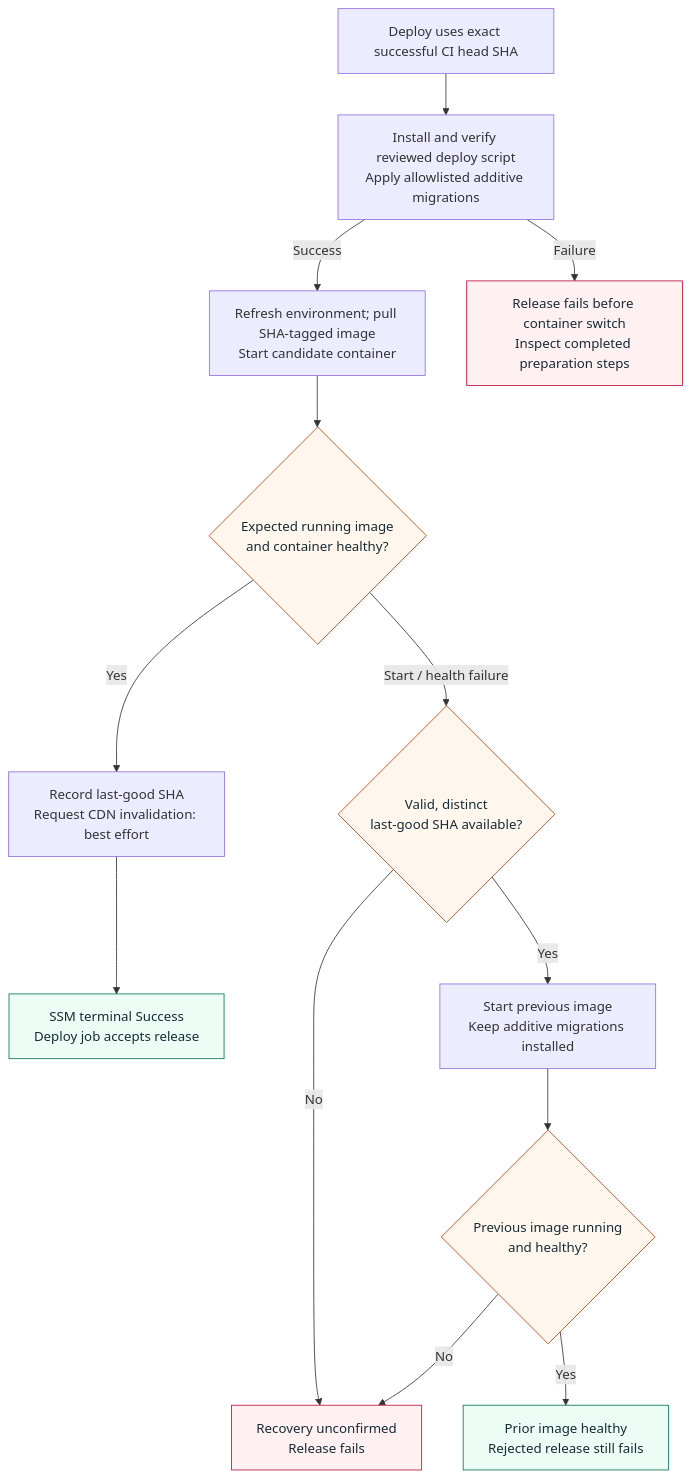
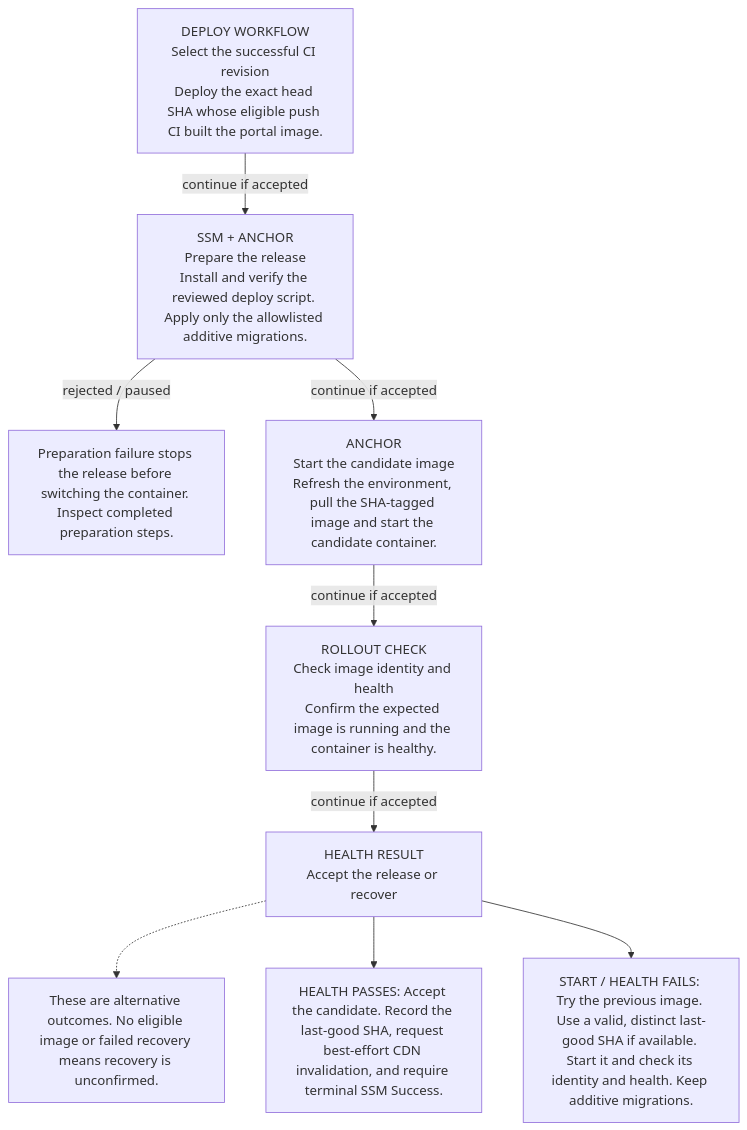
Before and after one commit to JadenRazo/raizhost-architecture: the diagram in diagrams/portal-rollout.mmd, drawn with Mermaid. The commit also changed 37 other files, not shown here.

Commit message:
docs: make architecture journeys readable on desktop and mobile (#8)

```diff
--- a/diagrams/portal-rollout.mmd
+++ b/diagrams/portal-rollout.mmd
@@ -1,21 +1,17 @@
+%% Generated by journeys.py from journeys.json; do not edit this sketch.
+%% The companion SVG uses staged layouts for human reading.
+%% A rejected release stays failed even if recovery restores a healthy previous image.
 flowchart TB
-  revision["Deploy uses exact successful CI head SHA"]
-  revision --> prepare["Install and verify reviewed deploy script<br/>Apply allowlisted additive migrations"]
-  prepare -->|"Success"| candidate["Refresh environment; pull SHA-tagged image<br/>Start candidate container"]
-  prepare -->|"Failure"| stopped["Release fails before container switch<br/>Inspect completed preparation steps"]
-  candidate --> health{"Expected running image<br/>and container healthy?"}
-  health -->|"Yes"| record["Record last-good SHA<br/>Request CDN invalidation: best effort"]
-  record --> success["SSM terminal Success<br/>Deploy job accepts release"]
-  health -->|"Start / health failure"| prior{"Valid, distinct<br/>last-good SHA available?"}
-  prior -->|"No"| unknown["Recovery unconfirmed<br/>Release fails"]
-  prior -->|"Yes"| rollback["Start previous image<br/>Keep additive migrations installed"]
-  rollback --> recovered{"Previous image running<br/>and healthy?"}
-  recovered -->|"No"| unknown
-  recovered -->|"Yes"| restored["Prior image healthy<br/>Rejected release still fails"]
-
-  classDef gate fill:#fff7ed,stroke:#c2410c,color:#172b35
-  classDef denied fill:#fff1f2,stroke:#be123c,color:#172b35
-  classDef result fill:#ecfdf5,stroke:#047857,color:#172b35
-  class health,prior,recovered gate
-  class stopped,unknown denied
-  class success,restored result
+  s1["DEPLOY WORKFLOW<br/>Select the successful CI revision<br/>Deploy the exact head SHA whose eligible push CI built the portal image."]
+  s1 -->|"continue if accepted"| s2
+  s2["SSM + ANCHOR<br/>Prepare the release<br/>Install and verify the reviewed deploy script. Apply only the allowlisted additive migrations."]
+  s2 -->|"rejected / paused"| s2_stop["Preparation failure stops the release before switching the container. Inspect completed preparation steps."]
+  s2 -->|"continue if accepted"| s3
+  s3["ANCHOR<br/>Start the candidate image<br/>Refresh the environment, pull the SHA-tagged image and start the candidate container."]
+  s3 -->|"continue if accepted"| s4
+  s4["ROLLOUT CHECK<br/>Check image identity and health<br/>Confirm the expected image is running and the container is healthy."]
+  s4 -->|"continue if accepted"| s5
+  s5["HEALTH RESULT<br/>Accept the release or recover"]
+  s5 -.-> s5_note["These are alternative outcomes. No eligible image or failed recovery means recovery is unconfirmed."]
+  s5 --> s5_0["HEALTH PASSES: Accept the candidate. Record the last-good SHA, request best-effort CDN invalidation, and require terminal SSM Success."]
+  s5 --> s5_1["START / HEALTH FAILS: Try the previous image. Use a valid, distinct last-good SHA if available. Start it and check its identity and health. Keep additive migrations."]
```
